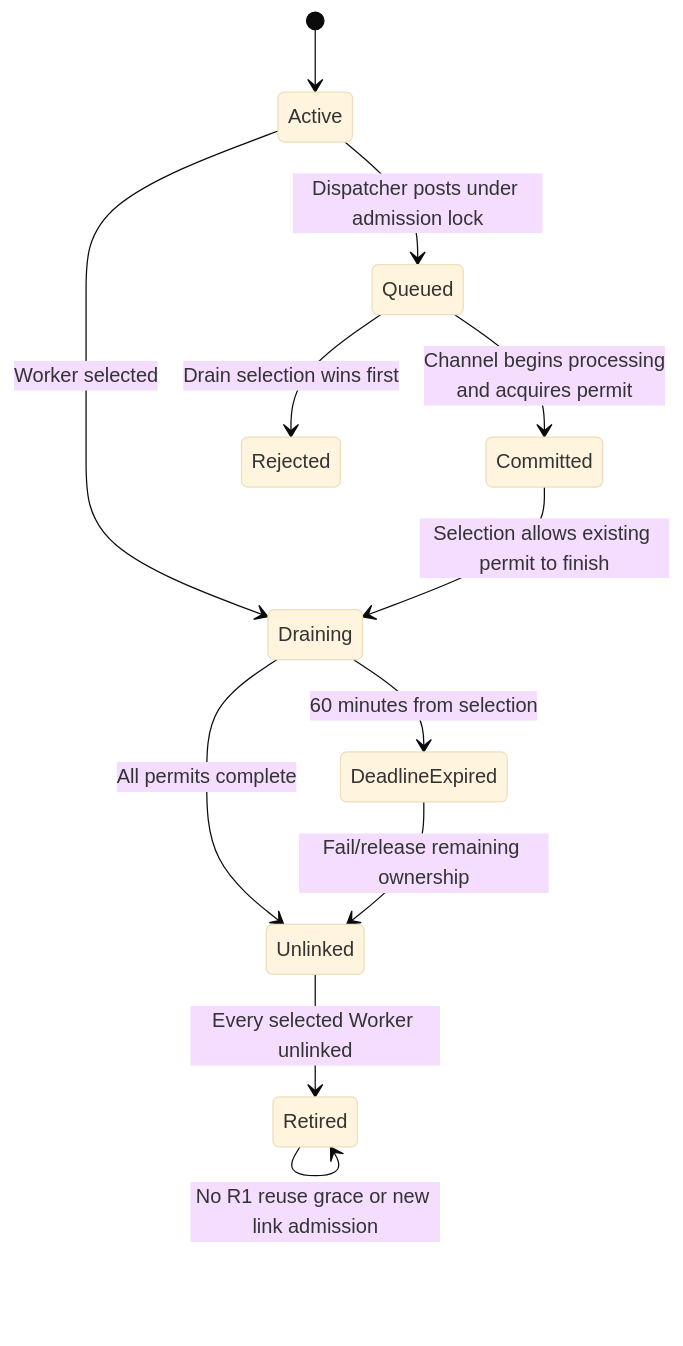
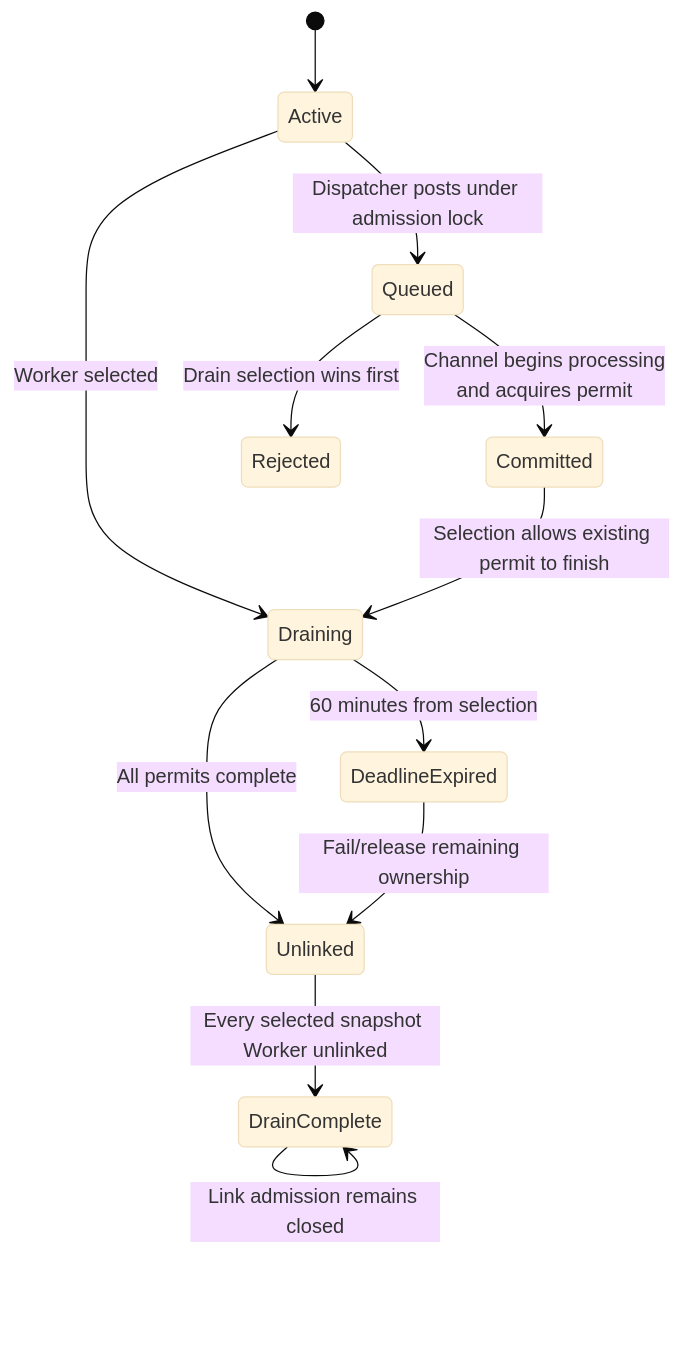
Before and after one commit to Azure/azure-functions-host: the fourth of 5 diagrams in tools/ComputeSeparation/byoc-runtime-drain.md, drawn with Mermaid (base theme). The commit also changed other lines of this file and 12 other files, not shown here.

````diff
--- a/tools/ComputeSeparation/byoc-runtime-drain.md
+++ b/tools/ComputeSeparation/byoc-runtime-drain.md
@@ -229,14 +243,14 @@
 ```mermaid
 stateDiagram-v2
     [*] --> Active
     Active --> Queued: Dispatcher posts under admission lock
     Queued --> Committed: Channel begins processing<br/>and acquires permit
     Queued --> Rejected: Drain selection wins first
     Active --> Draining: Worker selected
     Committed --> Draining: Selection allows existing permit to finish
     Draining --> Unlinked: All permits complete
     Draining --> DeadlineExpired: 60 minutes from selection
     DeadlineExpired --> Unlinked: Fail/release remaining ownership
-    Unlinked --> Retired: Every selected Worker unlinked
-    Retired --> Retired: No R1 reuse grace or new link admission
+    Unlinked --> DrainComplete: Every selected snapshot Worker unlinked
+    DrainComplete --> DrainComplete: Link admission remains closed
 ```
````
